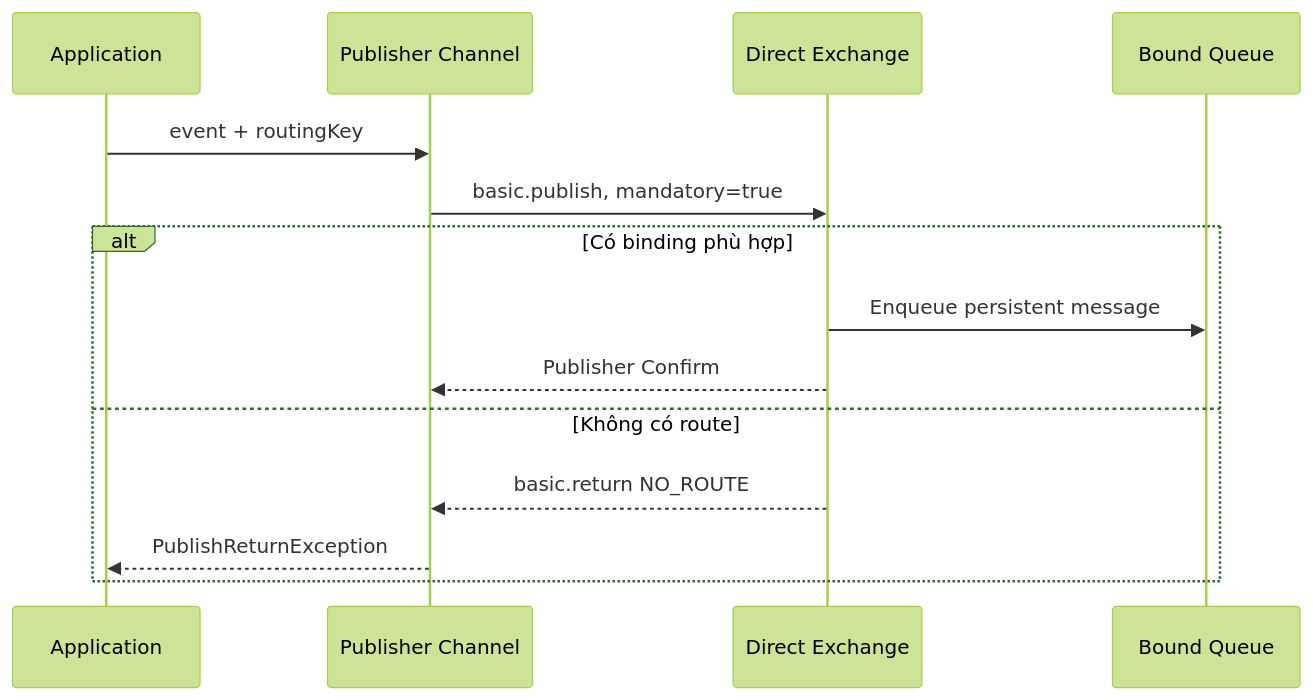
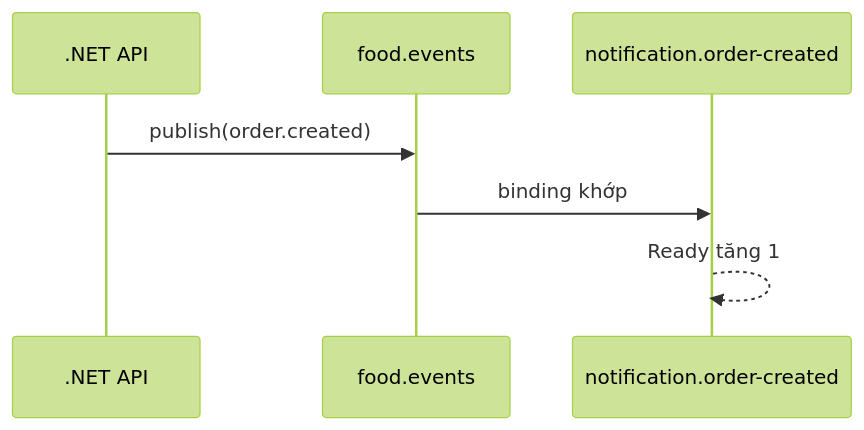
The fourth of 11 diagrams in src/assets/docs/dotnet-core/rabbitmq-reliable-messaging.md (trungdev26/angular-internals), drawn with Mermaid (forest theme) before and after one commit. The commit also changed other lines of this file and 1 other file, not shown here.

````diff
--- a/src/assets/docs/dotnet-core/rabbitmq-reliable-messaging.md
+++ b/src/assets/docs/dotnet-core/rabbitmq-reliable-messaging.md
@@ -31,16 +357,9 @@
 ```mermaid
 sequenceDiagram
-    participant A as Application
-    participant P as Publisher Channel
-    participant X as Direct Exchange
-    participant Q as Bound Queue
-    A->>P: event + routingKey
-    P->>X: basic.publish, mandatory=true
-    alt Có binding phù hợp
-        X->>Q: Enqueue persistent message
-        X-->>P: Publisher Confirm
-    else Không có route
-        X-->>P: basic.return NO_ROUTE
-        P-->>A: PublishReturnException
-    end
+    participant A as .NET API
+    participant X as food.events
+    participant Q as notification.order-created
+    A->>X: publish(order.created)
+    X->>Q: binding khớp
+    Q-->>Q: Ready tăng 1
 ```
````
